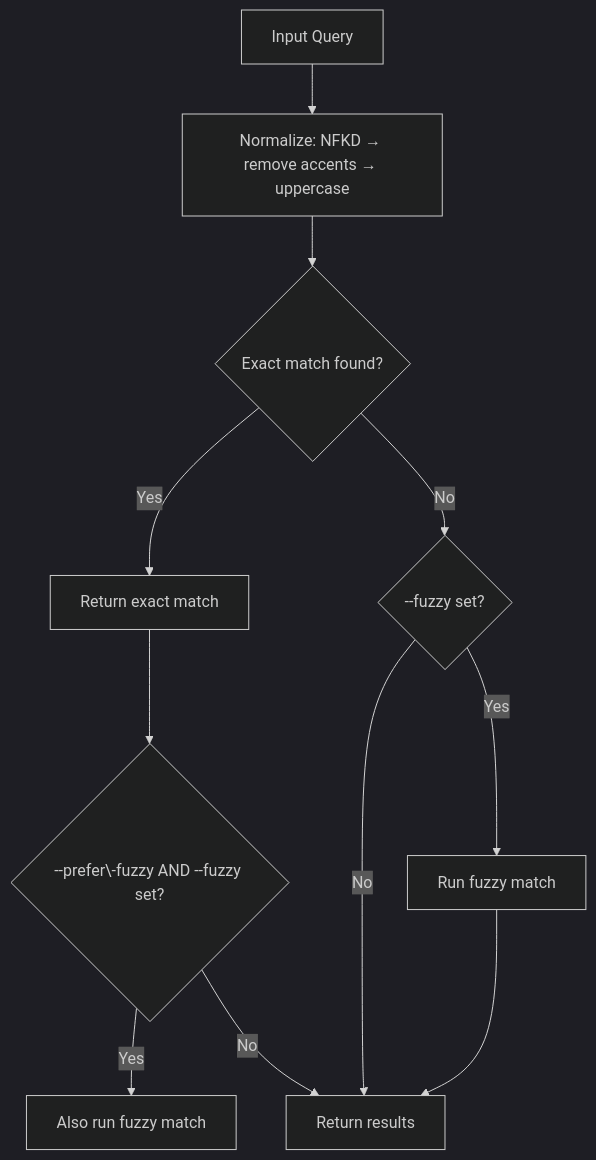
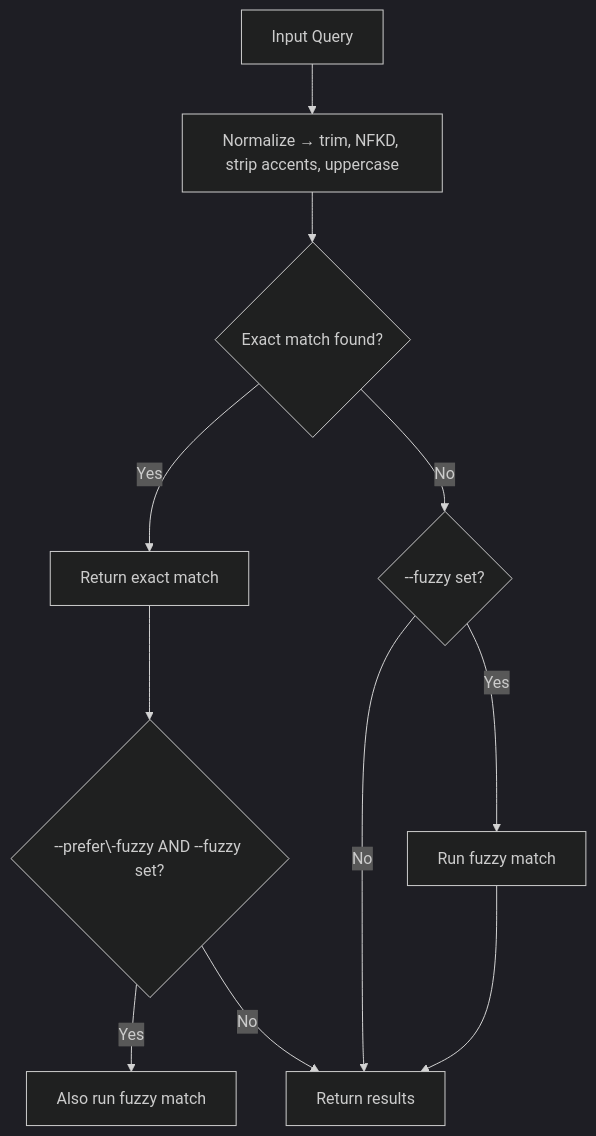
One commit to berserkhmdvhb/charfinder changed the diagram in docs/matching.md. Above: the diagram before and after it, drawn with Mermaid (dark theme).

````diff
--- a/docs/matching.md
+++ b/docs/matching.md
@@ -20,13 +20,13 @@
 ```mermaid
 graph TD
-    A[Input Query] --> B[Normalize: NFKD → remove accents → uppercase]
+    A[Input Query] --> B[Normalize → trim, NFKD, strip accents, uppercase]
     B --> C{Exact match found?}
     C -- Yes --> D[Return exact match]
     D --> E{--prefer\-fuzzy AND --fuzzy set?}
     E -- Yes --> F[Also run fuzzy match]
     E -- No --> G[Return results]
     C -- No --> H{--fuzzy set?}
     H -- Yes --> I[Run fuzzy match]
     H -- No --> G
     I --> G
 ```
````
